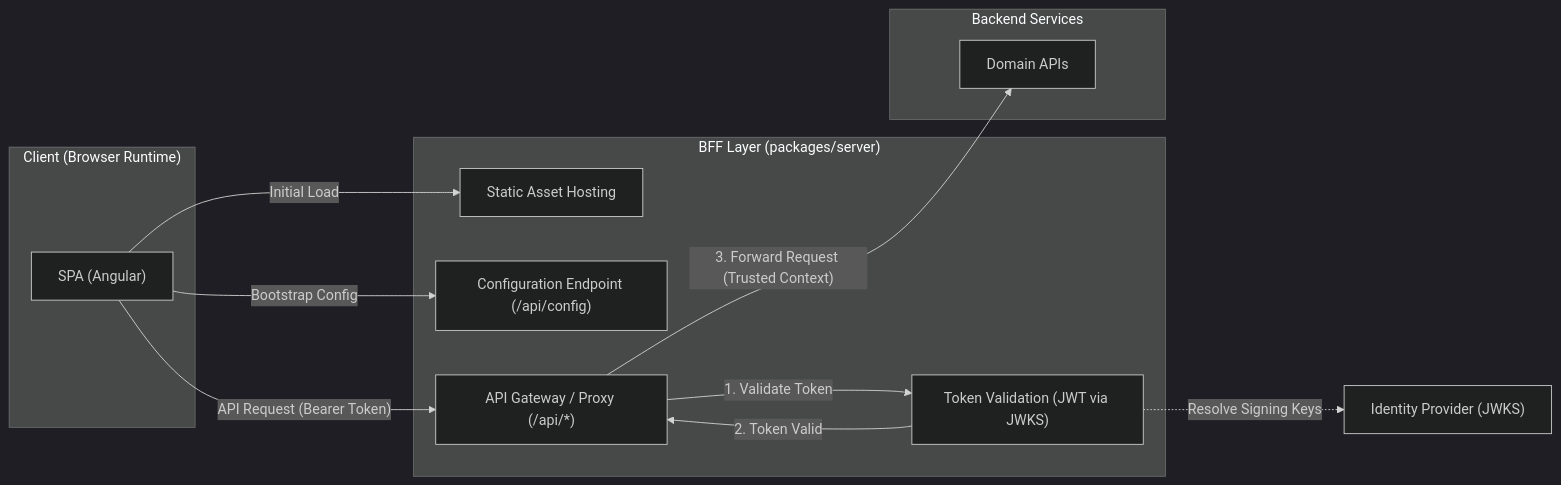
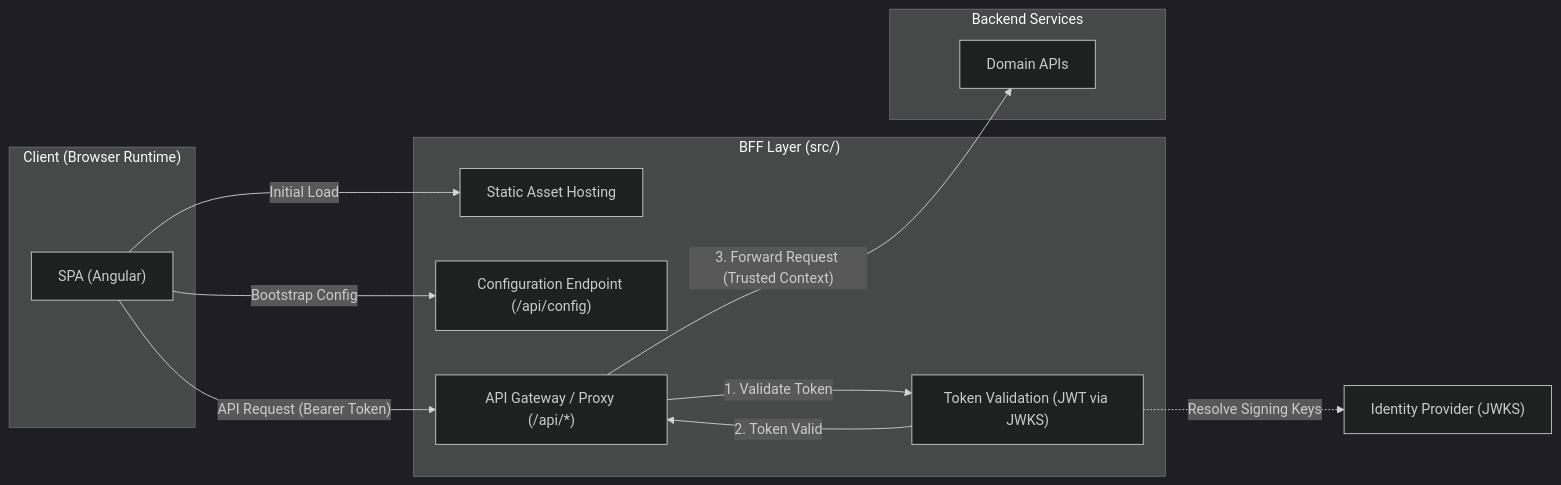
One commit to kevinchatham/halide changed the diagram in README.md. Above: the diagram before and after it, drawn with Mermaid (dark theme). The commit also changed other lines of this file and 20 other files, not shown here.

````diff
--- a/README.md
+++ b/README.md
@@ -9,27 +9,27 @@
 ```mermaid
 flowchart LR
     subgraph Client["Client (Browser Runtime)"]
         SPA["SPA (Angular)"]
     end
 
-    subgraph BFF["BFF Layer (packages/server)"]
+    subgraph BFF["BFF Layer (src/)"]
         Static["Static Asset Hosting"]
         Config["Configuration Endpoint (/api/config)"]
         Proxy["API Gateway / Proxy (/api/*)"]
         Auth["Token Validation (JWT via JWKS)"]
     end
 
     subgraph Services["Backend Services"]
         API["Domain APIs"]
     end
 
     JWKS["Identity Provider (JWKS)"]
 
     SPA -->|"Initial Load"| Static
     SPA -->|"Bootstrap Config"| Config
     SPA -->|"API Request (Bearer Token)"| Proxy
     Proxy -->|"1. Validate Token"| Auth
     Auth -.->|"Resolve Signing Keys"| JWKS
     Auth -->|"2. Token Valid"| Proxy
     Proxy -->|"3. Forward Request (Trusted Context)"| API
 ```
````
